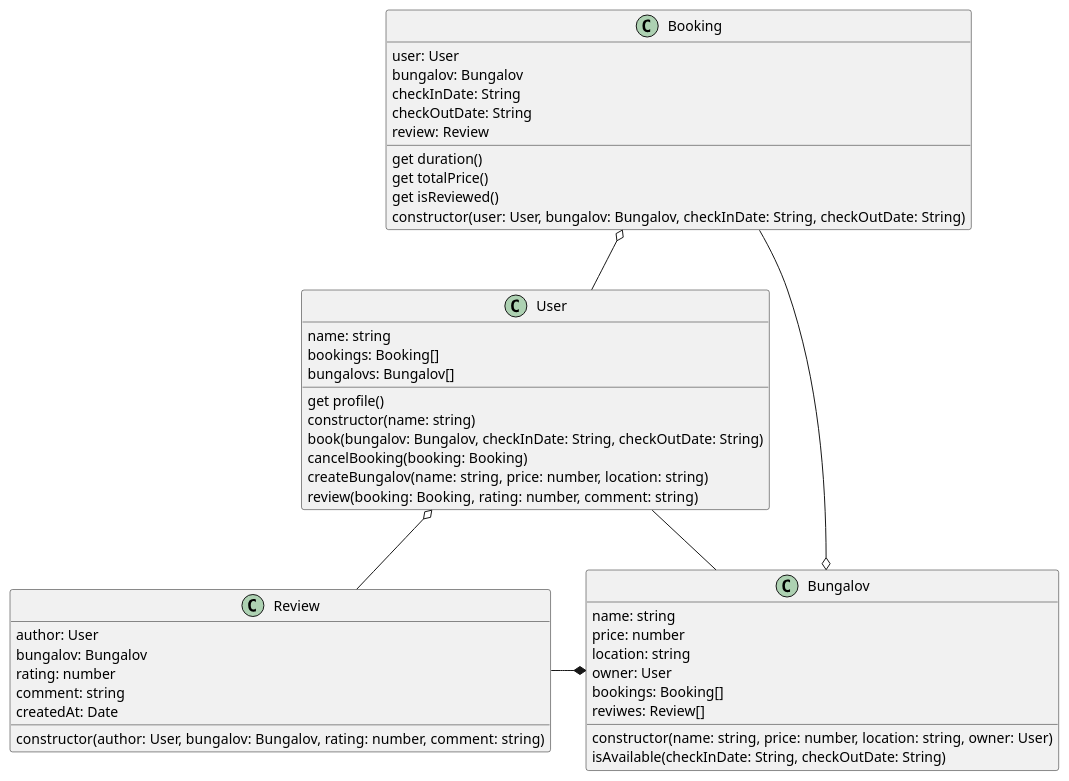
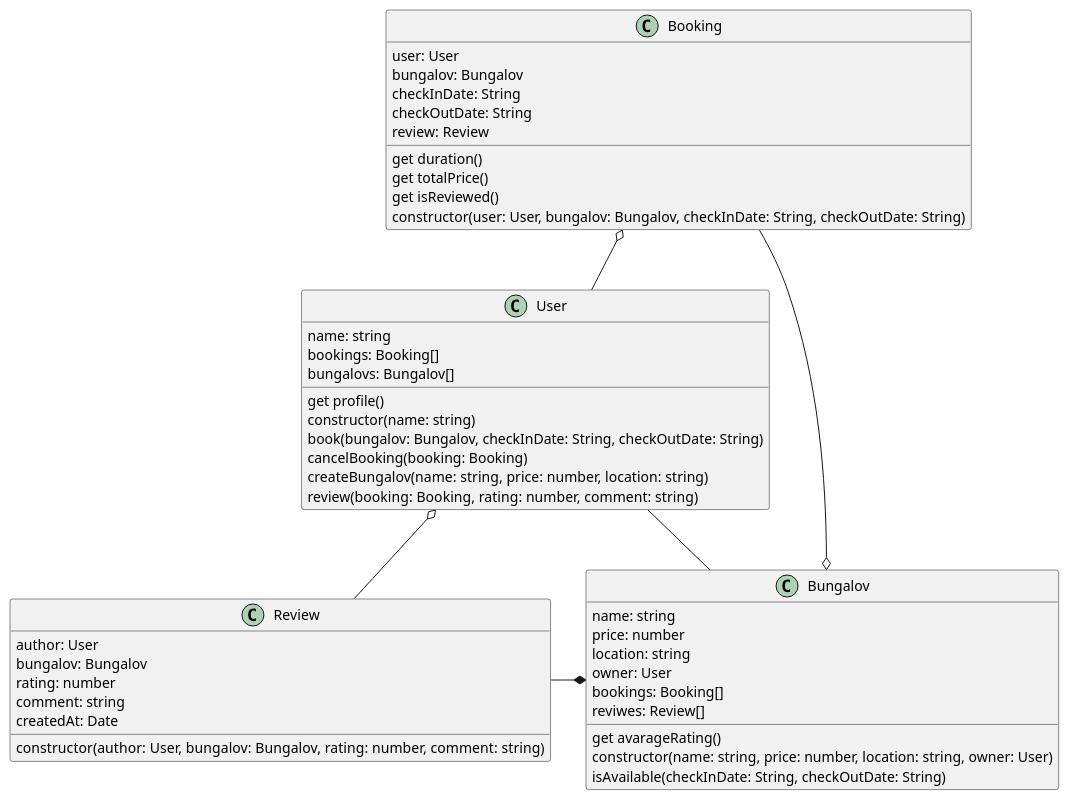
The diagram in architecture/class.puml (nsdumanlife/graduation-project-nsdumanlife), drawn with PlantUML before and after one commit.

Commit message:
Update bungalov uml diagram

```diff
--- a/architecture/class.puml
+++ b/architecture/class.puml
@@ -1,58 +1,59 @@
 @startuml Bungalov Booking App
 
 class User {
   name: string
   bookings: Booking[]
   bungalovs: Bungalov[]
 
   get profile()
   constructor(name: string)
   book(bungalov: Bungalov, checkInDate: String, checkOutDate: String)
   cancelBooking(booking: Booking)
   createBungalov(name: string, price: number, location: string)
   review(booking: Booking, rating: number, comment: string)
 }
 
 class Bungalov {
   name: string
   price: number
   location: string
   owner: User
   bookings: Booking[]
   reviwes: Review[]
 
+  get avarageRating()
   constructor(name: string, price: number, location: string, owner: User)
   isAvailable(checkInDate: String, checkOutDate: String)
 }
 
 class Booking {
   user: User
   bungalov: Bungalov
   checkInDate: String
   checkOutDate: String
   review: Review
 
   get duration()
   get totalPrice()
   get isReviewed()
   constructor(user: User, bungalov: Bungalov, checkInDate: String, checkOutDate: String)
 }
 
 class Review {
   author: User
   bungalov: Bungalov
   rating: number
   comment: string
   createdAt: Date
 
   constructor(author: User, bungalov: Bungalov, rating: number, comment: string)
 }
 
 User -- Bungalov
 Booking -o Bungalov
 Booking o-- User
 Review -* Bungalov
 User o-- Review
 
 
 @enduml
```
